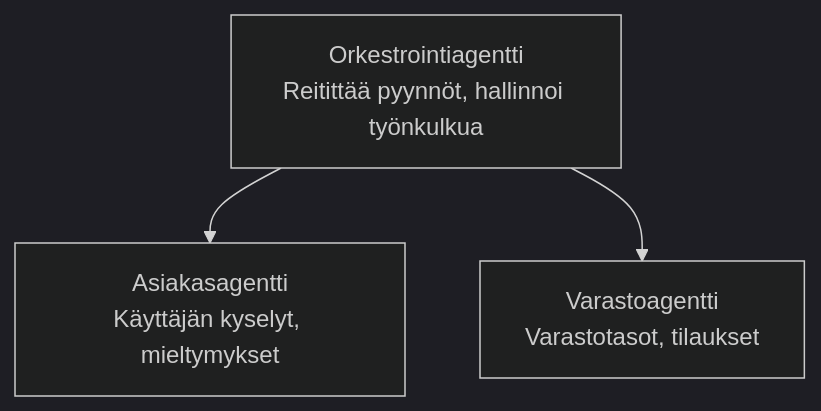
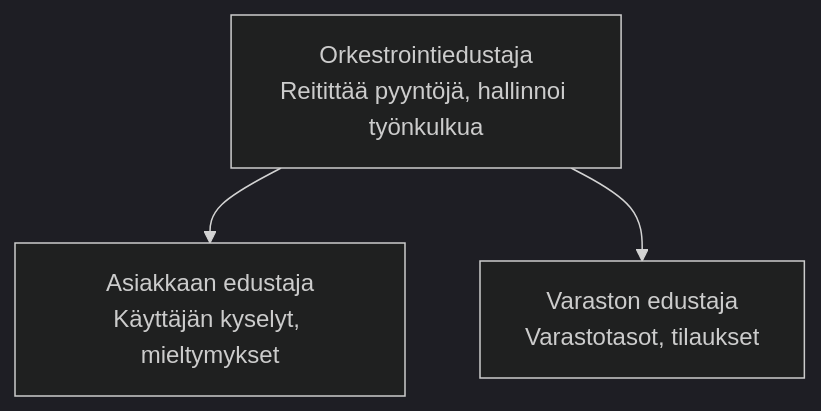
The diagram in translations/fi/docs/chapter-05-multi-agent/README.md (microsoft/AZD-for-beginners), drawn with Mermaid (dark theme) before and after one commit. The commit also changed other lines of this file and 61 other files, not shown here.

````diff
--- a/translations/fi/docs/chapter-05-multi-agent/README.md
+++ b/translations/fi/docs/chapter-05-multi-agent/README.md
@@ -54,5 +54,5 @@
 ```mermaid
 graph TD
-    Orchestrator[Orkestrointiagentti<br/>Reitittää pyynnöt, hallinnoi työnkulkua] --> Customer[Asiakasagentti<br/>Käyttäjän kyselyt, mieltymykset]
-    Orchestrator --> Inventory[Varastoagentti<br/>Varastotasot, tilaukset]
+    Orchestrator[Orkestrointiedustaja<br/>Reitittää pyyntöjä, hallinnoi työnkulkua] --> Customer[Asiakkaan edustaja<br/>Käyttäjän kyselyt, mieltymykset]
+    Orchestrator --> Inventory[Varaston edustaja<br/>Varastotasot, tilaukset]
 ```
````
